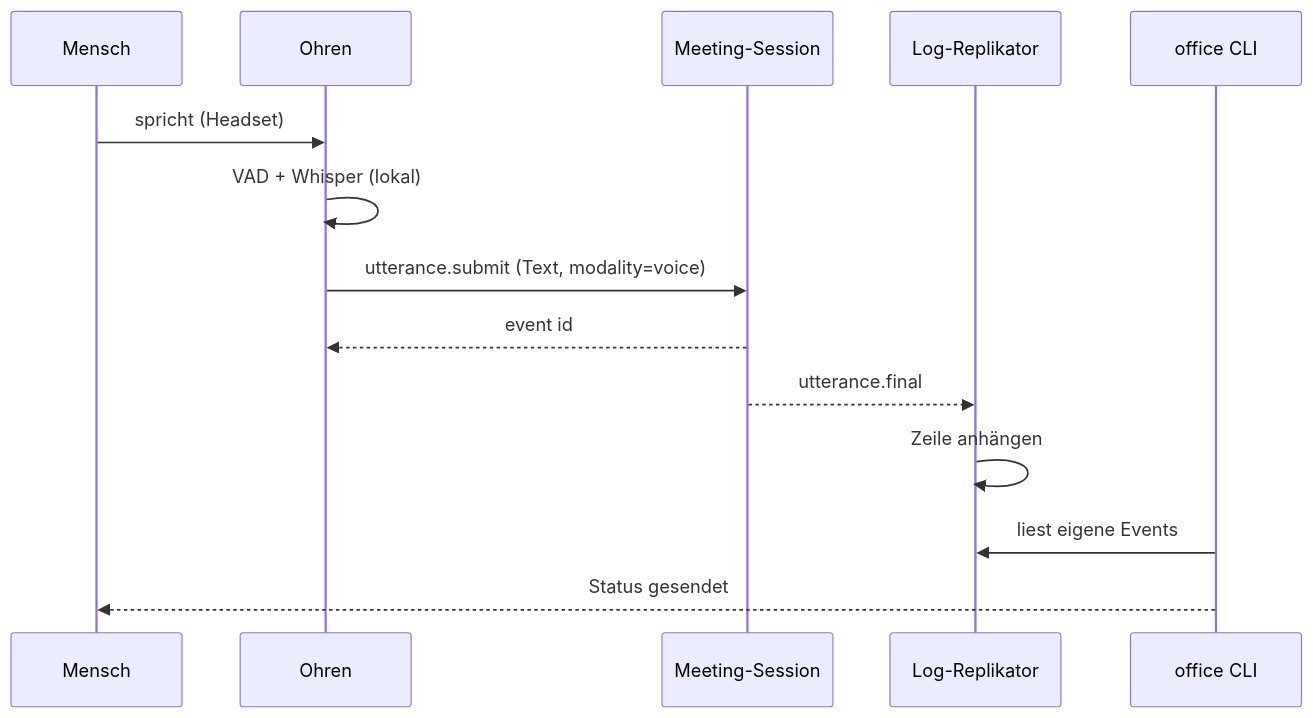
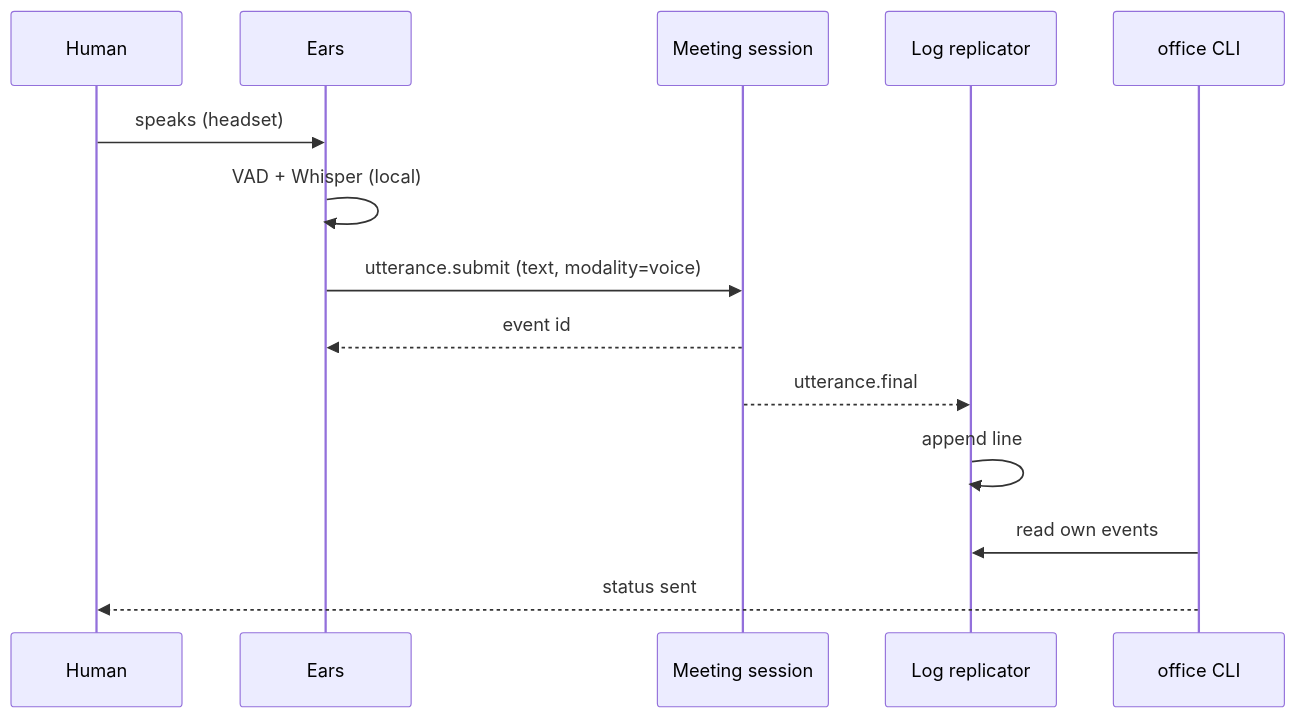
The second of 4 diagrams in docs/architecture/06-runtime-view.arc42.md (mrsimpson/agentic-office), drawn with Mermaid before and after one commit. The commit also changed other lines of this file and 13 other files, not shown here.

First line of the commit message:
Translate architecture to English and add resumability

````diff
--- a/docs/architecture/06-runtime-view.arc42.md
+++ b/docs/architecture/06-runtime-view.arc42.md
@@ -67,16 +67,16 @@
 ```mermaid
 sequenceDiagram
-    participant actor_human as Mensch
-    participant bb_ears as Ohren
-    participant bb_session as Meeting-Session
-    participant bb_replicator as Log-Replikator
+    participant actor_human as Human
+    participant bb_ears as Ears
+    participant bb_session as Meeting session
+    participant bb_replicator as Log replicator
     participant bb_cli as office CLI
-    actor_human->>bb_ears: spricht (Headset)
-    bb_ears->>bb_ears: VAD + Whisper (lokal)
-    bb_ears->>bb_session: utterance.submit (Text, modality=voice)
+    actor_human->>bb_ears: speaks (headset)
+    bb_ears->>bb_ears: VAD + Whisper (local)
+    bb_ears->>bb_session: utterance.submit (text, modality=voice)
     bb_session-->>bb_ears: event id
     bb_session-->>bb_replicator: utterance.final
-    bb_replicator->>bb_replicator: Zeile anhängen
-    bb_cli->>bb_replicator: liest eigene Events
-    bb_cli-->>actor_human: Status gesendet
+    bb_replicator->>bb_replicator: append line
+    bb_cli->>bb_replicator: read own events
+    bb_cli-->>actor_human: status sent
 ```
````
